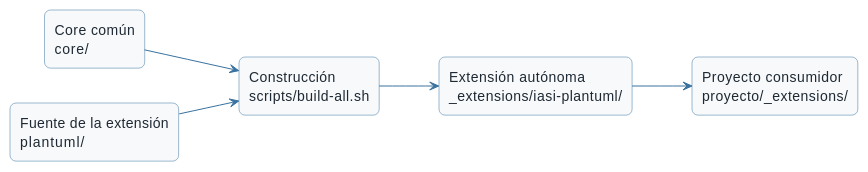
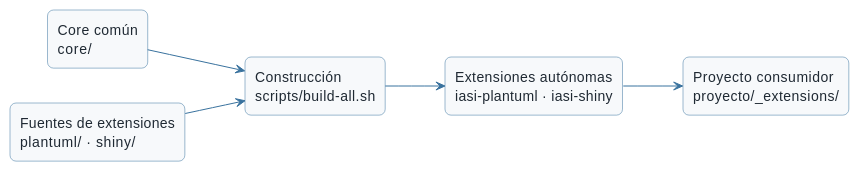
One commit to iasi-org/iasi-home changed the diagram in pages/products/iasi-lua.qmd. Above: the diagram before and after it, drawn with PlantUML. The commit also changed other lines of this file and 11 other files, not shown here.

````diff
--- a/pages/products/iasi-lua.qmd
+++ b/pages/products/iasi-lua.qmd
@@ -57,27 +58,27 @@
 ```{.plantuml width="82%"}
 @startuml
 skinparam backgroundColor transparent
 skinparam shadowing false
 skinparam defaultFontName Arial
 skinparam ArrowColor #39729e
 skinparam rectangle {
   BorderColor #39729e
   BackgroundColor #f7f9fb
   FontColor #1f2933
   RoundCorner 12
 }
 
 left to right direction
 
 rectangle "Core común\ncore/" as core
-rectangle "Fuente de la extensión\nplantuml/" as source
+rectangle "Fuentes de extensiones\nplantuml/ · shiny/" as source
 rectangle "Construcción\nscripts/build-all.sh" as build
-rectangle "Extensión autónoma\n_extensions/iasi-plantuml/" as extension
+rectangle "Extensiones autónomas\niasi-plantuml · iasi-shiny" as extension
 rectangle "Proyecto consumidor\nproyecto/_extensions/" as project
 
 core --> build
 source --> build
 build --> extension
 extension --> project
 @enduml
 ```
````
